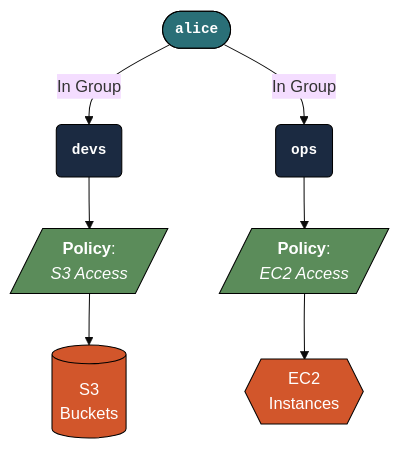
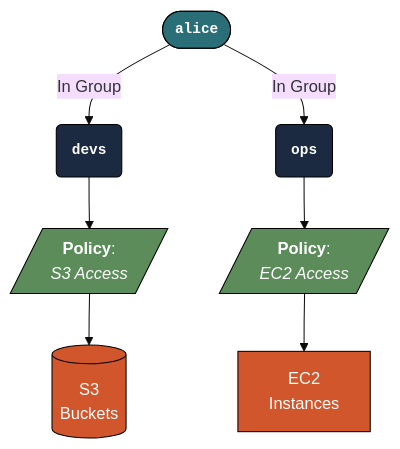
The fourth of 8 diagrams in start-aws.qmd (mjfrigaard/do4ds-labs), drawn with Mermaid before and after one commit. The commit also changed other lines of this file and 69 other files, not shown here.

Commit message:
style review fixes; mermaid look; lab07 model scripts and workflow deps

````diff
--- a/start-aws.qmd
+++ b/start-aws.qmd
@@ -189,31 +189,31 @@
 ```{mermaid}
 %%| fig-cap: ‘Multiple IAM groups’
 %%| fig-width: 7.0
 %%| fig-align: 'center'
-%%{init: {'theme': 'base', 'themeVariables': {'fontFamily': 'monospace'}}}%%
+%%{init: {'theme': 'base', 'look': 'classic', 'themeVariables': {'fontFamily': 'monospace'}}}%%
 
 
 graph TD
 
     Users(["<strong>alice</strong>"]) --"In Group"--> DevGroup("<strong>devs</strong>")
     Users --"In Group"--> OpsGroup("<strong>ops</strong>")
 
     DevGroup --> S3Policy[/"<strong>Policy</strong>:<br><em>S3 Access</em>"/]
     OpsGroup --> EC2Policy[/"<strong>Policy</strong>:<br><em>EC2 Access</em>"/]
 
     S3Policy --> S3[("S3<br>Buckets")]
-    EC2Policy --> EC2{{"EC2<br>Instances"}}
+    EC2Policy --> EC2["EC2<br>Instances"]
     
     
     style Users fill:#2A6F77,stroke:#000000,stroke-width:1px,font-size:14px,text-align:center,font-family:monospace,color:#ffffff
     
     style DevGroup fill:#1B2A41,stroke:#000000,stroke-width:1px,font-size:14px,text-align:center,font-family:monospace,color:#ffffff
     style OpsGroup fill:#1B2A41,stroke:#000000,stroke-width:1px,font-size:14px,text-align:center,font-family:monospace,color:#ffffff
     
     style S3Policy fill:#5B8C5A,stroke:#000000,stroke-width:1px,color:#ffffff
     style EC2Policy fill:#5B8C5A,stroke:#000000,stroke-width:1px,color:#ffffff
 
     style S3 fill:#D2562B,stroke:#000000,stroke-width:1px,color:#ffffff
     style EC2 fill:#D2562B,stroke:#000000,stroke-width:1px,color:#ffffff
     
 ```
````
